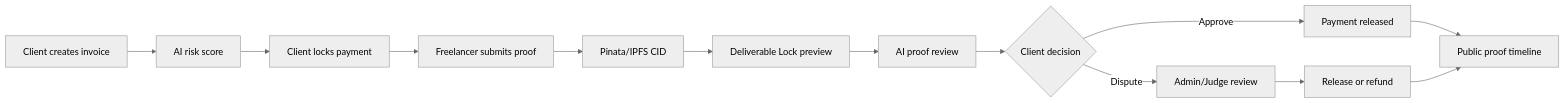
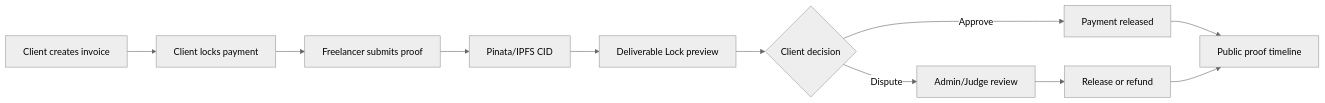
The first of 2 diagrams in README.md (virajkvk18/SealPay), drawn with Mermaid (neutral theme) before and after one commit. The commit also changed other lines of this file and 18 other files, not shown here.

Commit message:
Remove AI review flow and emphasize IPFS proof

````diff
--- a/README.md
+++ b/README.md
@@ -51,15 +51,13 @@
 ```mermaid
 flowchart LR
-  A["Client creates invoice"] --> B["AI risk score"]
-  B --> C["Client locks payment"]
-  C --> D["Freelancer submits proof"]
-  D --> E["Pinata/IPFS CID"]
-  E --> F["Deliverable Lock preview"]
-  F --> G["AI proof review"]
-  G --> H{"Client decision"}
-  H -->|Approve| I["Payment released"]
-  H -->|Dispute| J["Admin/Judge review"]
-  J --> K["Release or refund"]
-  I --> L["Public proof timeline"]
-  K --> L
+  A["Client creates invoice"] --> B["Client locks payment"]
+  B --> C["Freelancer submits proof"]
+  C --> D["Pinata/IPFS CID"]
+  D --> E["Deliverable Lock preview"]
+  E --> F{"Client decision"}
+  F -->|Approve| G["Payment released"]
+  F -->|Dispute| H["Admin/Judge review"]
+  H --> I["Release or refund"]
+  G --> J["Public proof timeline"]
+  I --> J
 ```
````
